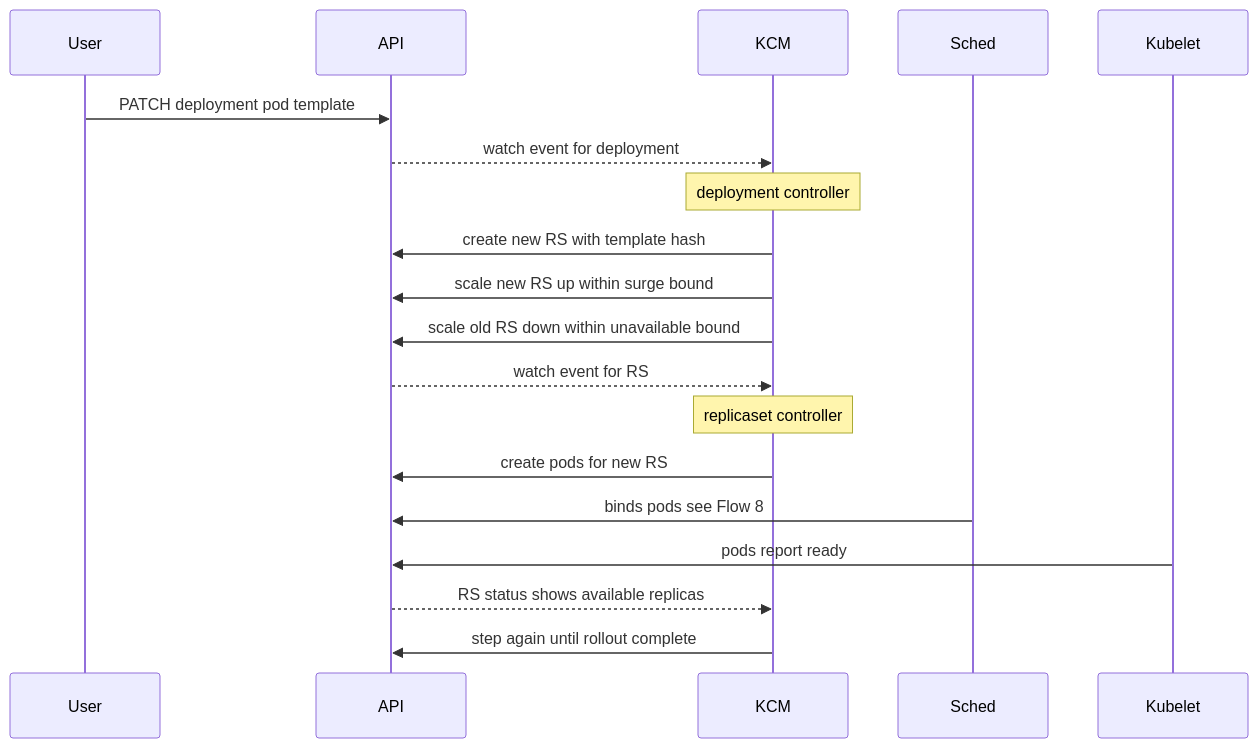
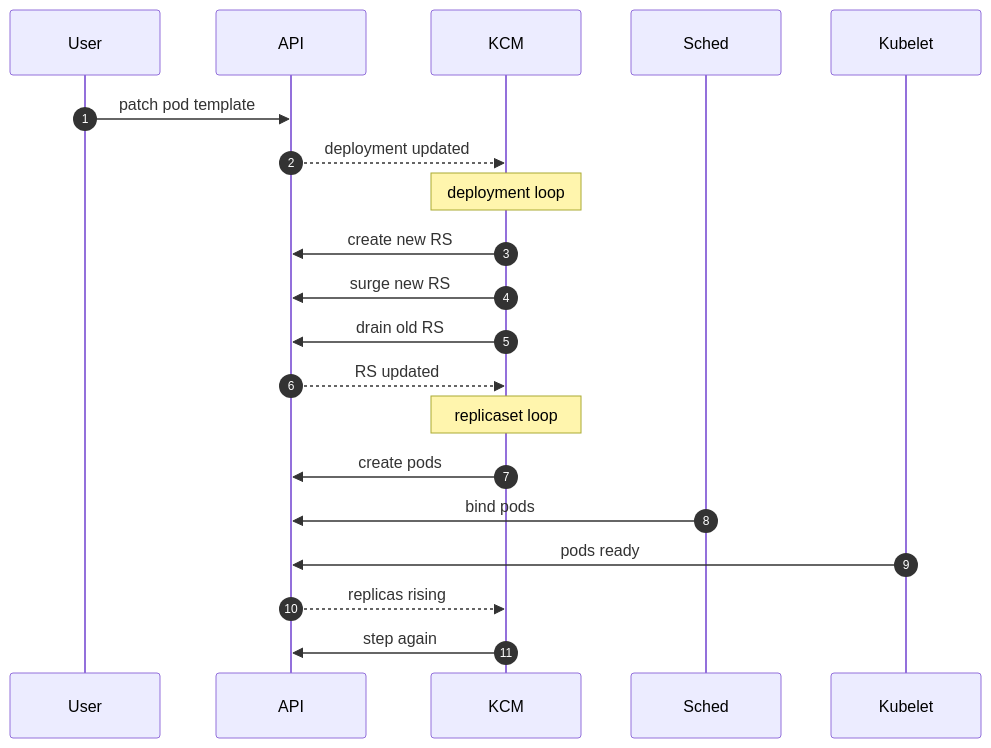
The third of 4 diagrams in chapters/ch05.md (sanketsudake/k8s-worksheet), drawn with Mermaid before and after one commit. The commit also changed other lines of this file, not shown here.

First line of the commit message:
ch05: bring diagrams within the print-size gate

````diff
--- a/chapters/ch05.md
+++ b/chapters/ch05.md
@@ -95,21 +115,22 @@
 ```mermaid
 sequenceDiagram
+  autonumber
   participant User
   participant API
   participant KCM
   participant Sched
   participant Kubelet
-  User->>API: PATCH deployment pod template
-  API-->>KCM: watch event for deployment
-  Note over KCM: deployment controller
-  KCM->>API: create new RS with template hash
-  KCM->>API: scale new RS up within surge bound
-  KCM->>API: scale old RS down within unavailable bound
-  API-->>KCM: watch event for RS
-  Note over KCM: replicaset controller
-  KCM->>API: create pods for new RS
-  Sched->>API: binds pods see Flow 8
-  Kubelet->>API: pods report ready
-  API-->>KCM: RS status shows available replicas
-  KCM->>API: step again until rollout complete
+  User->>API: patch pod template
+  API-->>KCM: deployment updated
+  Note over KCM: deployment loop
+  KCM->>API: create new RS
+  KCM->>API: surge new RS
+  KCM->>API: drain old RS
+  API-->>KCM: RS updated
+  Note over KCM: replicaset loop
+  KCM->>API: create pods
+  Sched->>API: bind pods
+  Kubelet->>API: pods ready
+  API-->>KCM: replicas rising
+  KCM->>API: step again
 ```
````
